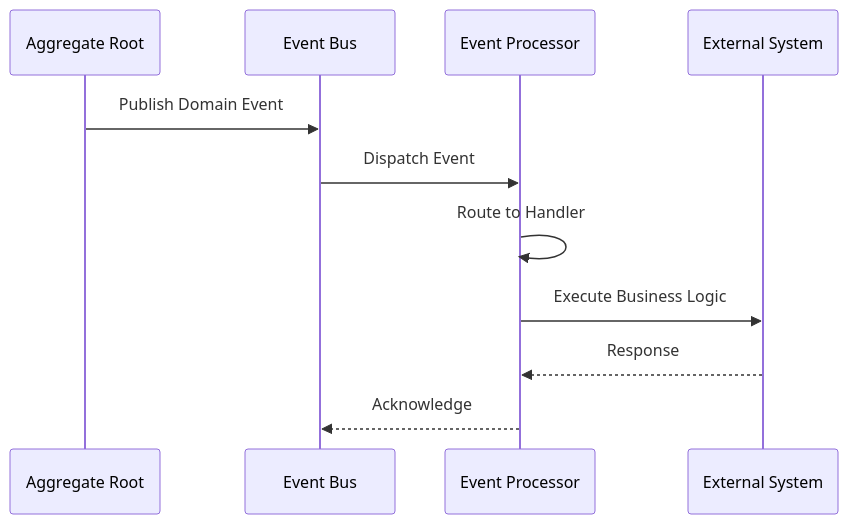
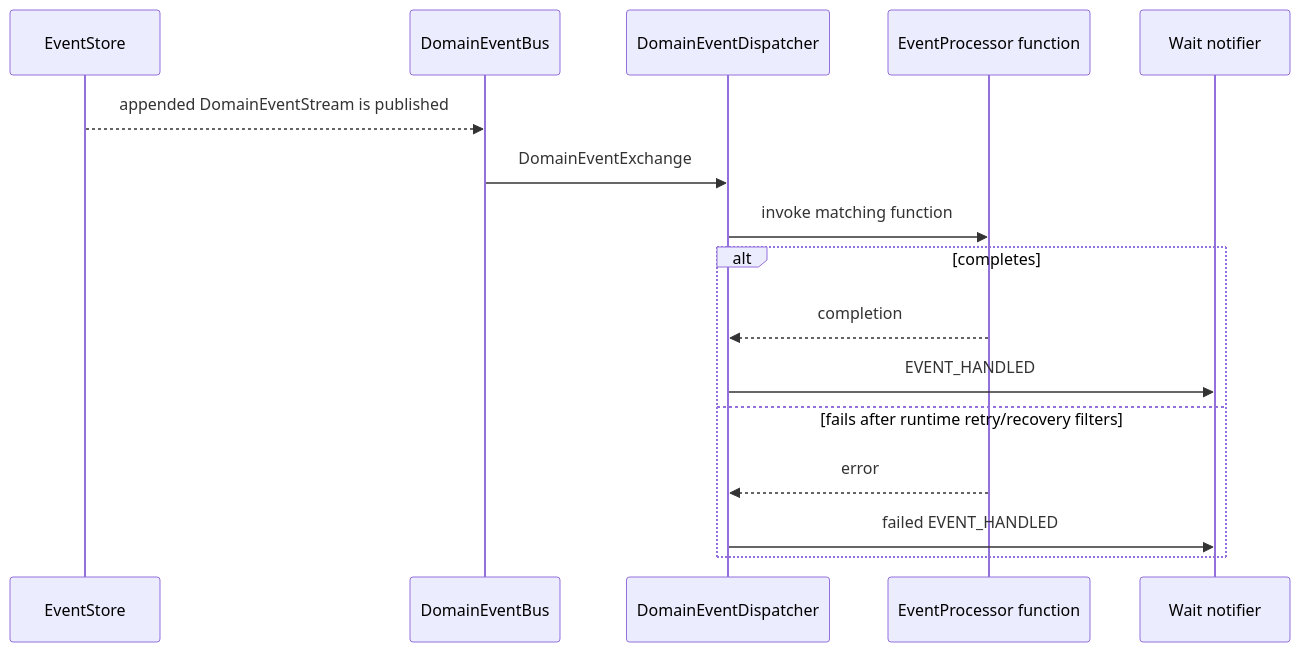
One commit to Ahoo-Wang/Wow changed the second of 2 diagrams in documentation/docs/en/guide/event-processor.md. Above: the diagram before and after it, drawn with Mermaid. The commit also changed other lines of this file and 166 other files, not shown here.

````diff
--- a/documentation/docs/en/guide/event-processor.md
+++ b/documentation/docs/en/guide/event-processor.md
@@ -130,15 +100,19 @@
 ```mermaid
 sequenceDiagram
-    participant AR as Aggregate Root
-    participant EB as Event Bus
-    participant EP as Event Processor
-    participant Ext as External System
-    
-    AR->>EB: Publish Domain Event
-    EB->>EP: Dispatch Event
-    EP->>EP: Route to Handler
-    EP->>Ext: Execute Business Logic
-    Ext-->>EP: Response
-    EP-->>EB: Acknowledge
+    participant E as EventStore
+    participant B as DomainEventBus
+    participant D as DomainEventDispatcher
+    participant P as EventProcessor function
+    participant W as Wait notifier
 
+    E-->>B: appended DomainEventStream is published
+    B->>D: DomainEventExchange
+    D->>P: invoke matching function
+    alt completes
+        P-->>D: completion
+        D->>W: EVENT_HANDLED
+    else fails after runtime retry/recovery filters
+        P-->>D: error
+        D->>W: failed EVENT_HANDLED
+    end
 ```
````
